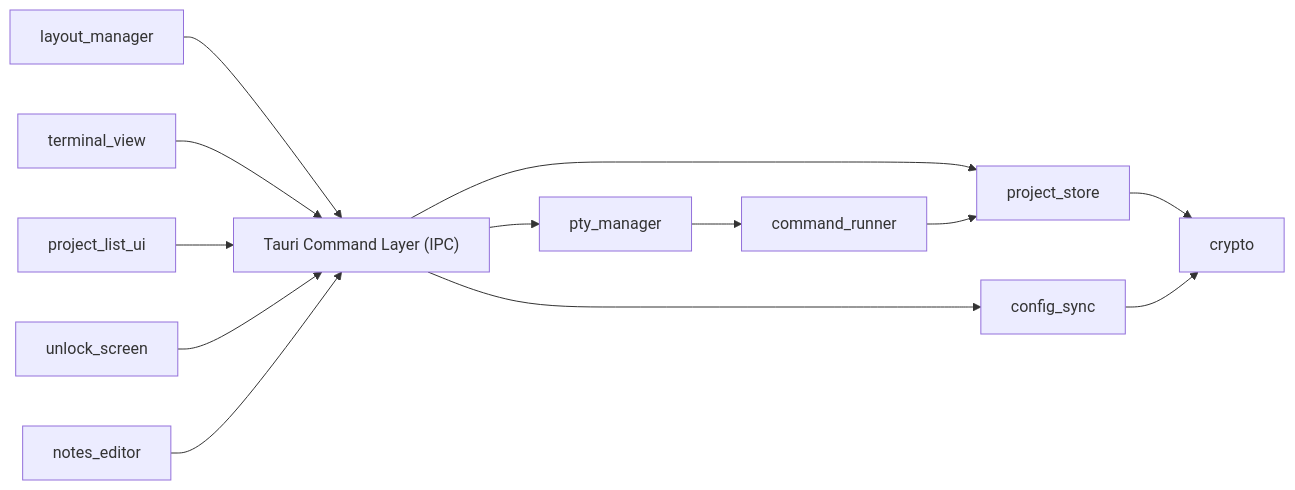
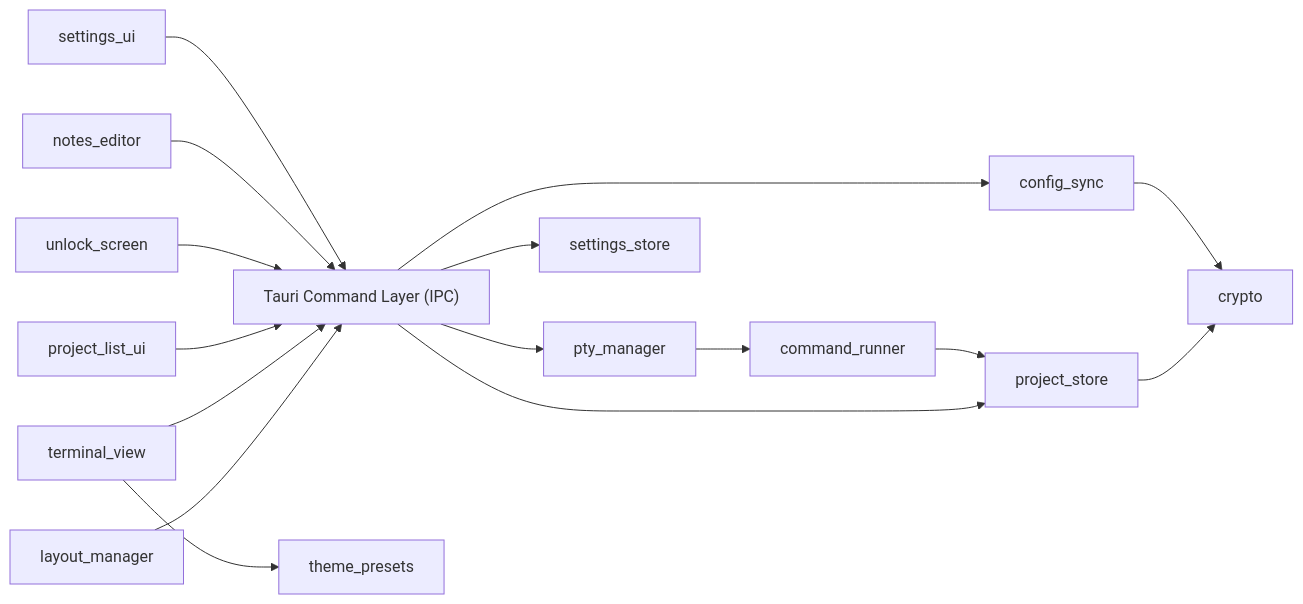
The second of 2 diagrams in docs/backend/architecture.md (putracode3/terminal-navigator), drawn with Mermaid before and after one commit. The commit also changed other lines of this file and 61 other files, not shown here.

````diff
--- a/docs/backend/architecture.md
+++ b/docs/backend/architecture.md
@@ -89,16 +119,19 @@
 ```mermaid
 graph LR
     IPC["Tauri Command Layer (IPC)"] --> project_store
     IPC --> pty_manager
     IPC --> config_sync
+    IPC --> settings_store
     project_store --> crypto
     config_sync --> crypto
     pty_manager --> command_runner
     command_runner --> project_store
 
     layout_manager --> IPC
     terminal_view --> IPC
     project_list_ui --> IPC
     unlock_screen --> IPC
     notes_editor --> IPC
+    settings_ui --> IPC
+    terminal_view --> theme_presets
 ```
````
